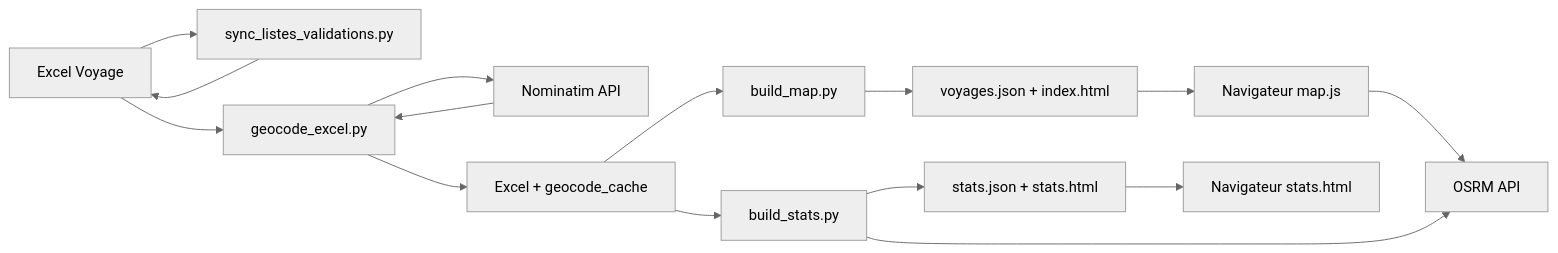
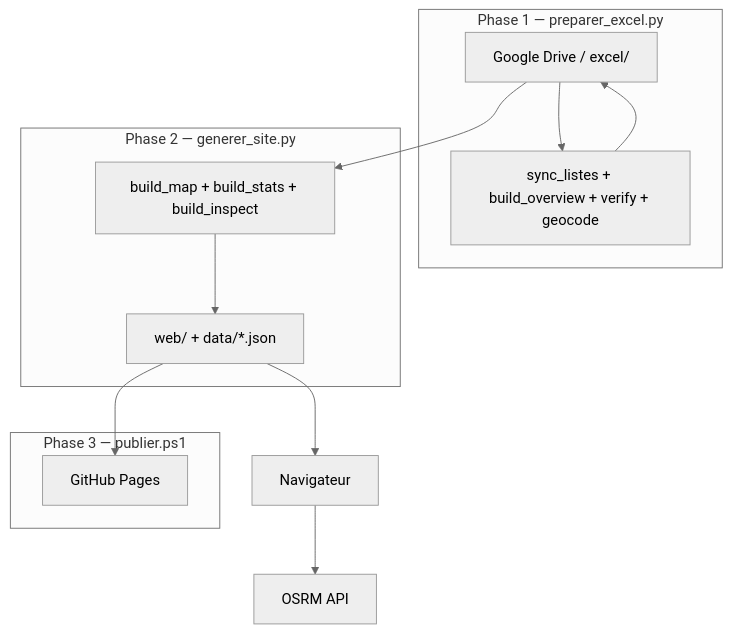
Before and after one commit to Sinnamary/CarteVoyage: the first of 3 diagrams in docs/CAHIER_DES_CHARGES.md, drawn with Mermaid (neutral theme). The commit also changed other lines of this file and 28 other files, not shown here.

````diff
--- a/docs/CAHIER_DES_CHARGES.md
+++ b/docs/CAHIER_DES_CHARGES.md
@@ -305,17 +337,16 @@
 ```mermaid
-flowchart LR
-    A[Excel Voyage] --> B[sync_listes_validations.py]
-    B --> A
-    A --> C[geocode_excel.py]
-    C --> D[Nominatim API]
-    D --> C
-    C --> E[Excel + geocode_cache]
-    E --> F[build_map.py]
-    E --> G[build_stats.py]
-    F --> H[voyages.json + index.html]
-    G --> I[stats.json + stats.html]
-    H --> J[Navigateur map.js]
-    I --> K[Navigateur stats.html]
-    J --> L[OSRM API]
-    G --> L
+flowchart TB
+    subgraph phase1 [Phase 1 — preparer_excel.py]
+        D[Google Drive / excel/] --> P1[sync_listes + build_overview + verify + geocode]
+        P1 --> D
+    end
+    subgraph phase2 [Phase 2 — generer_site.py]
+        D --> P2[build_map + build_stats + build_inspect]
+        P2 --> W[web/ + data/*.json]
+    end
+    subgraph phase3 [Phase 3 — publier.ps1]
+        W --> GP[GitHub Pages]
+    end
+    W --> NAV[Navigateur]
+    NAV --> OSRM[OSRM API]
 ```
````
